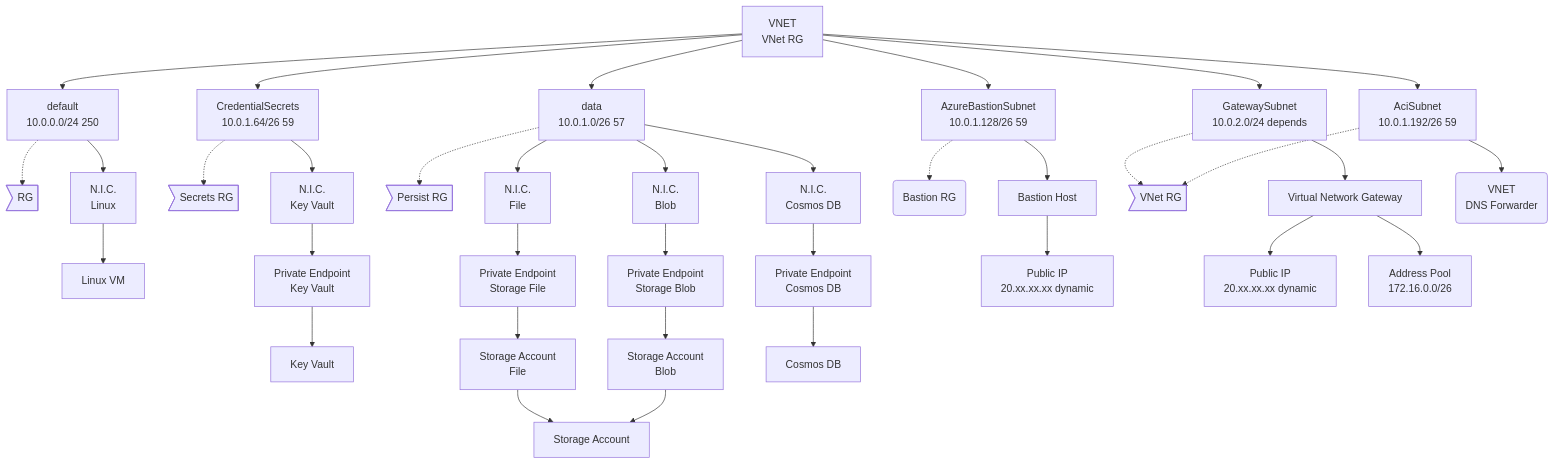
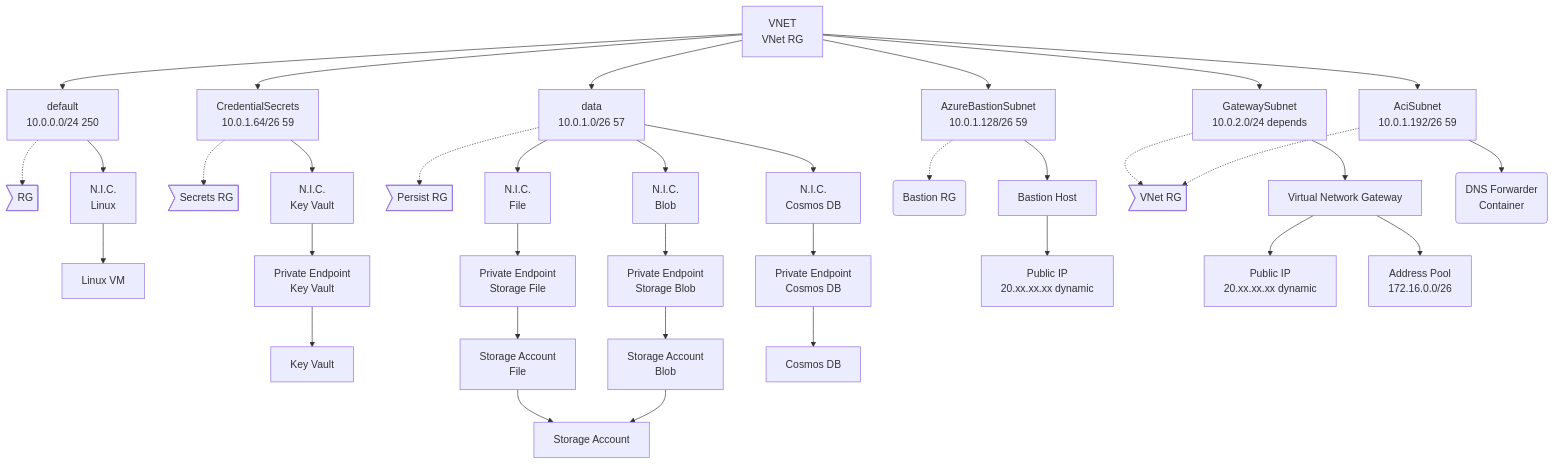
Before and after one commit to freemansoft/vnet-p2s-vpn-bastion-azure: the first of 2 diagrams in README.md, drawn with Mermaid.

Commit message:
pretty printing

````diff
--- a/README.md
+++ b/README.md
@@ -73,54 +73,54 @@
 ```mermaid
 flowchart TD
     A[VNET<br/> VNet RG]
     A --> SubDef[default <br/>10.0.0.0/24 250]
     A --> SubData[data <br/>10.0.1.0/26 57]
     A --> SubCred[CredentialSecrets <br/>10.0.1.64/26 59]
     A --> SubBast[AzureBastionSubnet <br/>10.0.1.128/26 59]
     A --> SubAci[AciSubnet <br/>10.0.1.192/26 59]
     A --> SubVng[GatewaySubnet <br/>10.0.2.0/24  depends]
 
     SubDef -.-> SubDefRg>RG]
     SubDef --> NicVM[N.I.C.<br/>Linux]
     NicVM --> VM[Linux VM]
 
     SubCred -.-> SubCredRg>Secrets RG]
     SubCred --> NicKeyVault[N.I.C.<br/>Key Vault]
     NicKeyVault --> PleKV[Private Endpoint<br/>Key Vault]
     PleKV --> KeyVault[Key Vault]
     
     StorAct[Storage Account]
     StorFile[Storage Account<br/>File]
     StorBlob[Storage Account<br/>Blob] 
 
     CosmosDB[Cosmos DB]
 
     SubData -.-> SubPersistRg>Persist RG]
     
     SubData --> NicStorFile[N.I.C.<br/>File]
     NicStorFile --> PleFile[Private Endpoint<br/>Storage File]
     PleFile --> StorFile
     StorFile --> StorAct
 
     SubData --> NicStorBlob[N.I.C.<br/>Blob]
     NicStorBlob --> PleBlob[Private Endpoint<br/>Storage Blob]
     PleBlob --> StorBlob
     StorBlob --> StorAct
 
     SubData --> NicCosmos[N.I.C.<br/> Cosmos DB]
     NicCosmos --> PleCosmos[Private Endpoint<br/>Cosmos DB]
     PleCosmos --> CosmosDB
 
     SubBast -.-> SubBastRg(Bastion RG)
     SubBast --> Bastion[Bastion Host]
-    Bastion --> PubaAst[Public IP<br>20.xx.xx.xx dynamic]
+    Bastion --> PubaAst[Public IP<br/>20.xx.xx.xx dynamic]
 
     SubVng -.-> SubVngRg>VNet RG]
     SubVng --> VNG[Virtual Network Gateway]
-    VNG --> PubVNG[Public IP<br>20.xx.xx.xx dynamic]
+    VNG --> PubVNG[Public IP<br/>20.xx.xx.xx dynamic]
     VNG --> PoolVNG[Address Pool<br>172.16.0.0/26]
 
     SubAci -.-> SubVngRg>VNet RG]
-    SubAci --> AciDns(VNET<br/>DNS Forwarder)
+    SubAci --> AciDns(DNS Forwarder<br/>Container)
 
 ```
````
